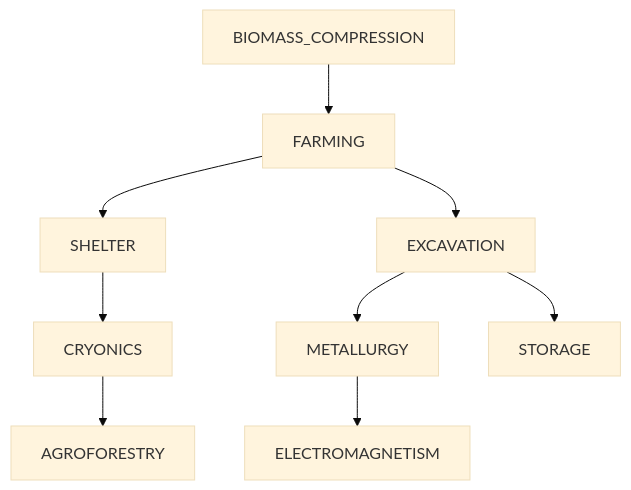
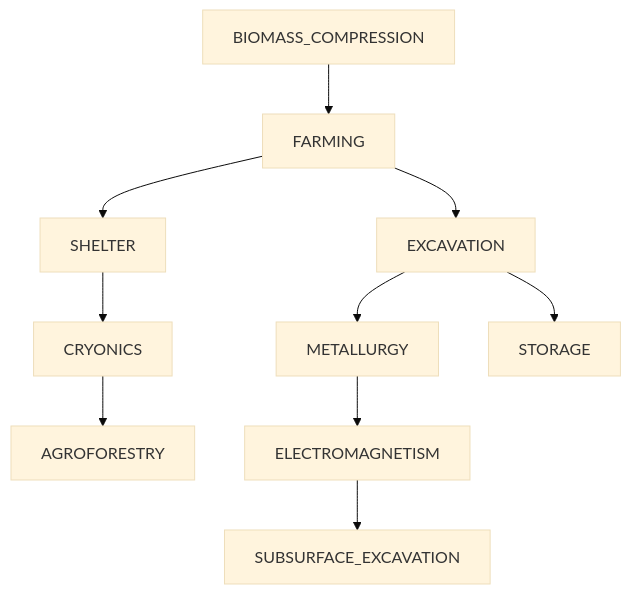
One commit to krnsk0/idler changed the diagram in docs/TECH_TREE.md. Above: the diagram before and after it, drawn with Mermaid (base theme). The commit also changed 9 other files, not shown here.

````diff
--- a/docs/TECH_TREE.md
+++ b/docs/TECH_TREE.md
@@ -6,12 +6,13 @@
 ```mermaid
 flowchart TD;
   BIOMASS_COMPRESSION --> FARMING
   FARMING --> SHELTER
   FARMING --> EXCAVATION
   SHELTER --> CRYONICS
   CRYONICS --> AGROFORESTRY
   EXCAVATION --> METALLURGY
   EXCAVATION --> STORAGE
   METALLURGY --> ELECTROMAGNETISM
+  ELECTROMAGNETISM --> SUBSURFACE_EXCAVATION
 
 ```
````
